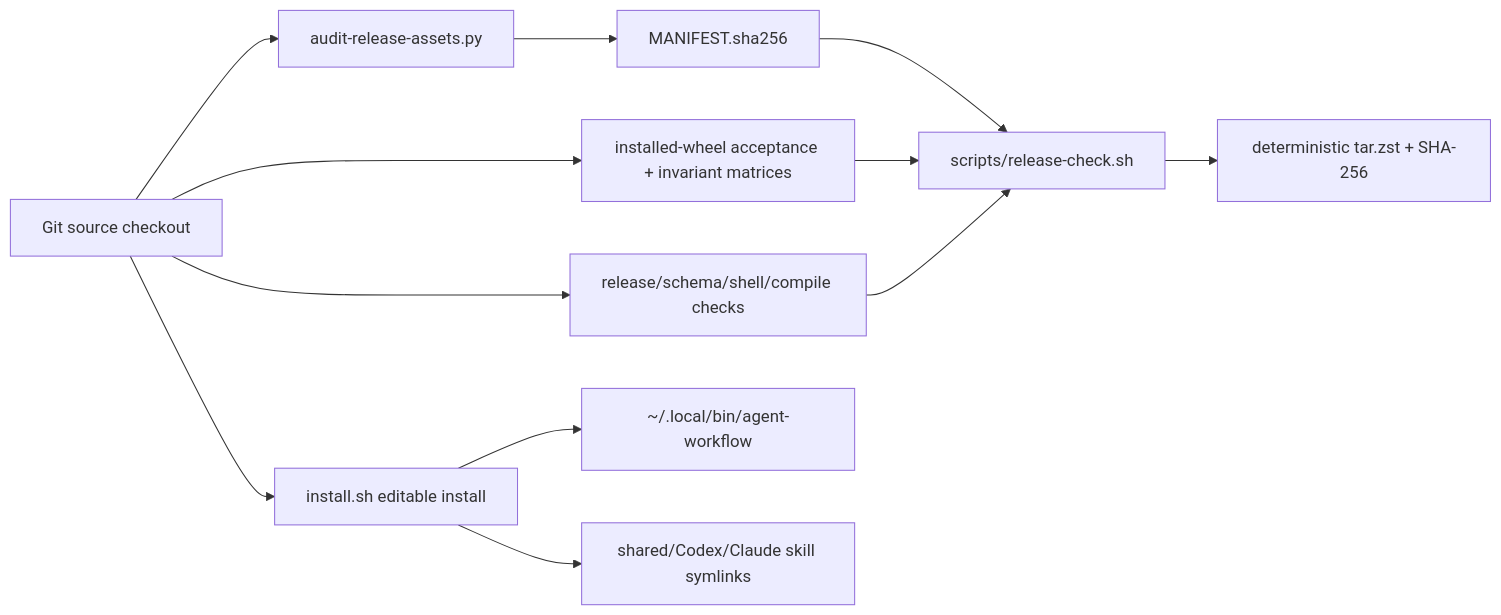
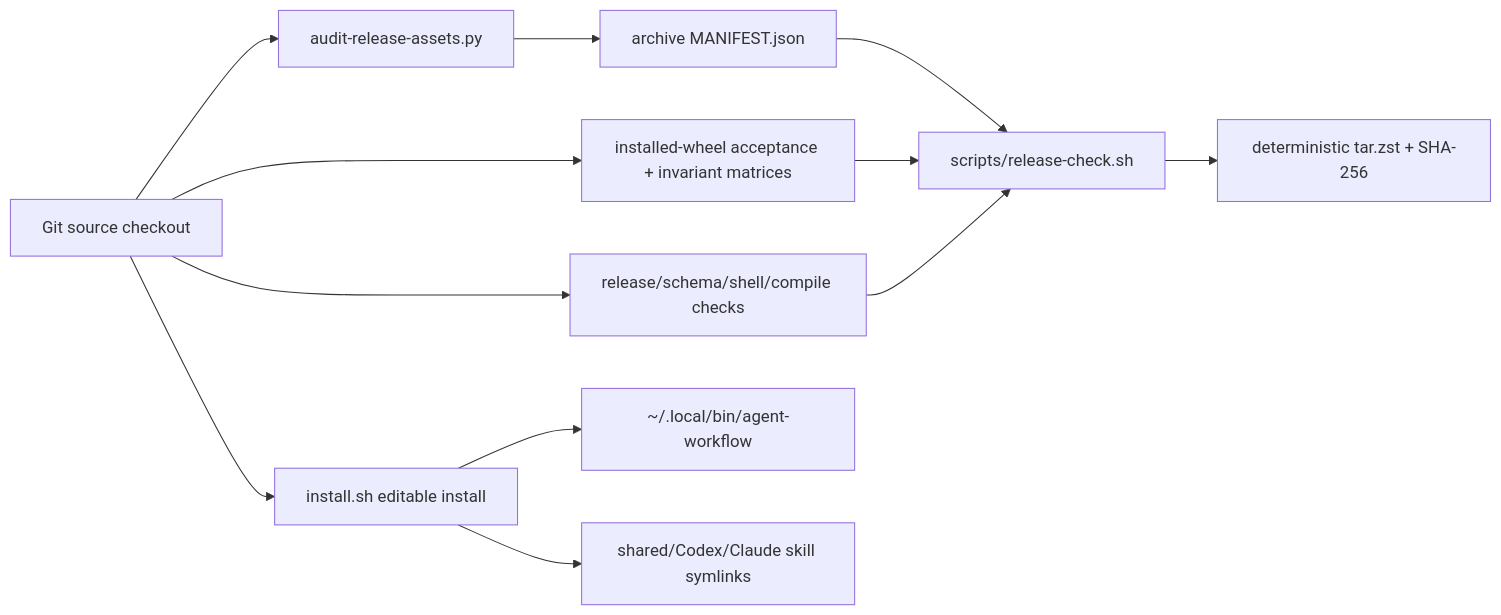
Diagram 19 of 28 in docs/diagrams/REPOSITORY_CHART_PACK.md (ngallodev-software/agent-workflow), drawn with Mermaid before and after one commit. The commit also changed 24 other files, not shown here.

````diff
--- a/docs/diagrams/REPOSITORY_CHART_PACK.md
+++ b/docs/diagrams/REPOSITORY_CHART_PACK.md
@@ -395,14 +395,14 @@
 ```mermaid
 flowchart LR
   Source[Git source checkout] --> Audit[audit-release-assets.py]
-  Audit --> Manifest[MANIFEST.sha256]
+  Audit --> ArchiveManifest[archive MANIFEST.json]
   Source --> Tests[installed-wheel acceptance + invariant matrices]
   Source --> Static[release/schema/shell/compile checks]
-  Manifest --> ReleaseCheck[scripts/release-check.sh]
+  ArchiveManifest --> ReleaseCheck[scripts/release-check.sh]
   Tests --> ReleaseCheck
   Static --> ReleaseCheck
   ReleaseCheck --> Archive[deterministic tar.zst + SHA-256]
   Source --> Install[install.sh editable install]
   Install --> Launcher[~/.local/bin/agent-workflow]
   Install --> SkillLinks[shared/Codex/Claude skill symlinks]
 ```
````
